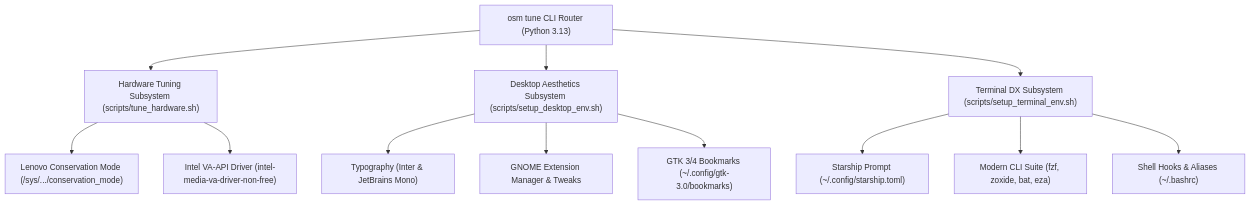
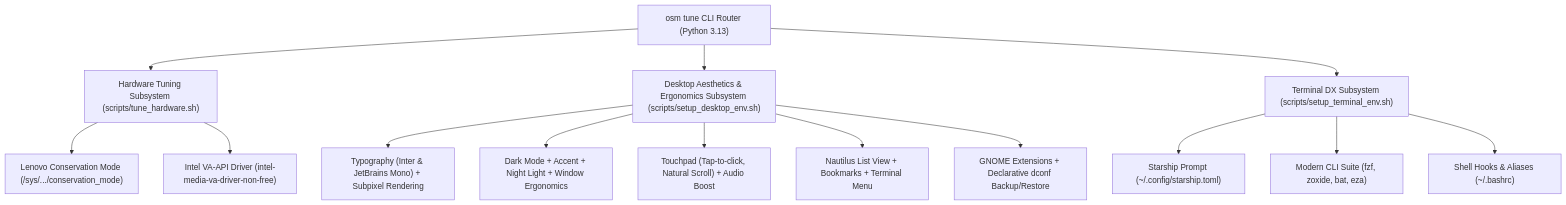
One commit to 0xrizz/os-manager changed the diagram in docs/superpowers/specs/2026-08-22-debian-13-desktop-and-hardware-customization-design.md. Above: the diagram before and after it, drawn with Mermaid. The commit also changed other lines of this file, not shown here.

Commit message:
docs(spec): expand section 3.2 with GNOME 48 ergonomics, typography, touchpad, and dconf state

````diff
--- a/docs/superpowers/specs/2026-08-22-debian-13-desktop-and-hardware-customization-design.md
+++ b/docs/superpowers/specs/2026-08-22-debian-13-desktop-and-hardware-customization-design.md
@@ -35,17 +35,19 @@
 ```mermaid
 flowchart TD
     CLI["osm tune CLI Router (Python 3.13)"] --> SUB1["Hardware Tuning Subsystem (scripts/tune_hardware.sh)"]
-    CLI --> SUB2["Desktop Aesthetics Subsystem (scripts/setup_desktop_env.sh)"]
+    CLI --> SUB2["Desktop Aesthetics & Ergonomics Subsystem (scripts/setup_desktop_env.sh)"]
     CLI --> SUB3["Terminal DX Subsystem (scripts/setup_terminal_env.sh)"]
 
     SUB1 --> ACPI["Lenovo Conservation Mode (/sys/.../conservation_mode)"]
     SUB1 --> VAAPI["Intel VA-API Driver (intel-media-va-driver-non-free)"]
 
-    SUB2 --> FONTS["Typography (Inter & JetBrains Mono)"]
-    SUB2 --> EXT["GNOME Extension Manager & Tweaks"]
-    SUB2 --> BKMK["GTK 3/4 Bookmarks (~/.config/gtk-3.0/bookmarks)"]
+    SUB2 --> FONTS["Typography (Inter & JetBrains Mono) + Subpixel Rendering"]
+    SUB2 --> THEME["Dark Mode + Accent + Night Light + Window Ergonomics"]
+    SUB2 --> TOUCHPAD["Touchpad (Tap-to-click, Natural Scroll) + Audio Boost"]
+    SUB2 --> NAUTILUS["Nautilus List View + Bookmarks + Terminal Menu"]
+    SUB2 --> EXT["GNOME Extensions + Declarative dconf Backup/Restore"]
 
     SUB3 --> STARSHIP["Starship Prompt (~/.config/starship.toml)"]
     SUB3 --> TOOLS["Modern CLI Suite (fzf, zoxide, bat, eza)"]
     SUB3 --> BASHRC["Shell Hooks & Aliases (~/.bashrc)"]
 ```
````
